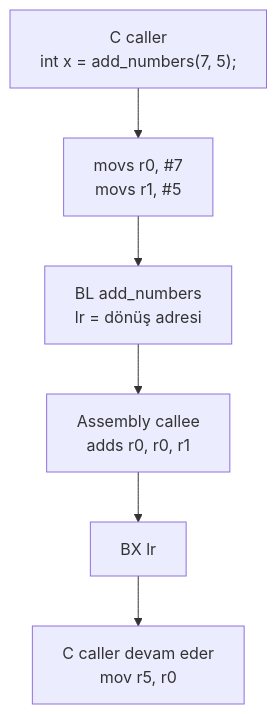
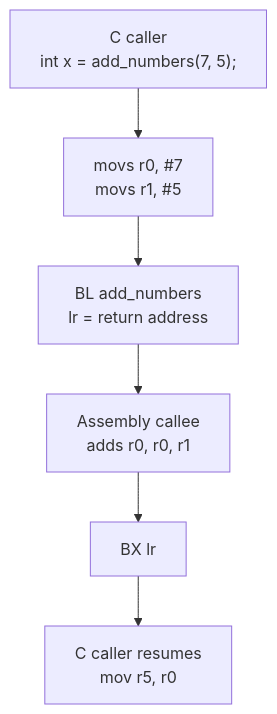
Before and after one commit to Merd0/ARM-Cortex-M-Lab: the diagram in lessons/03-c-and-assembly/README.md, drawn with Mermaid. The commit also changed other lines of this file and 19 other files, not shown here.

````diff
--- a/lessons/03-c-and-assembly/README.md
+++ b/lessons/03-c-and-assembly/README.md
@@ -85,11 +85,11 @@
 ```mermaid
 flowchart TD
     A["C caller<br/>int x = add_numbers(7, 5);"]
     B["movs r0, #7<br/>movs r1, #5"]
-    C["BL add_numbers<br/>lr = dönüş adresi"]
+    C["BL add_numbers<br/>lr = return address"]
     D["Assembly callee<br/>adds r0, r0, r1"]
     E["BX lr"]
-    F["C caller devam eder<br/>mov r5, r0"]
+    F["C caller resumes<br/>mov r5, r0"]
 
     A --> B --> C --> D --> E --> F
 ```
````
